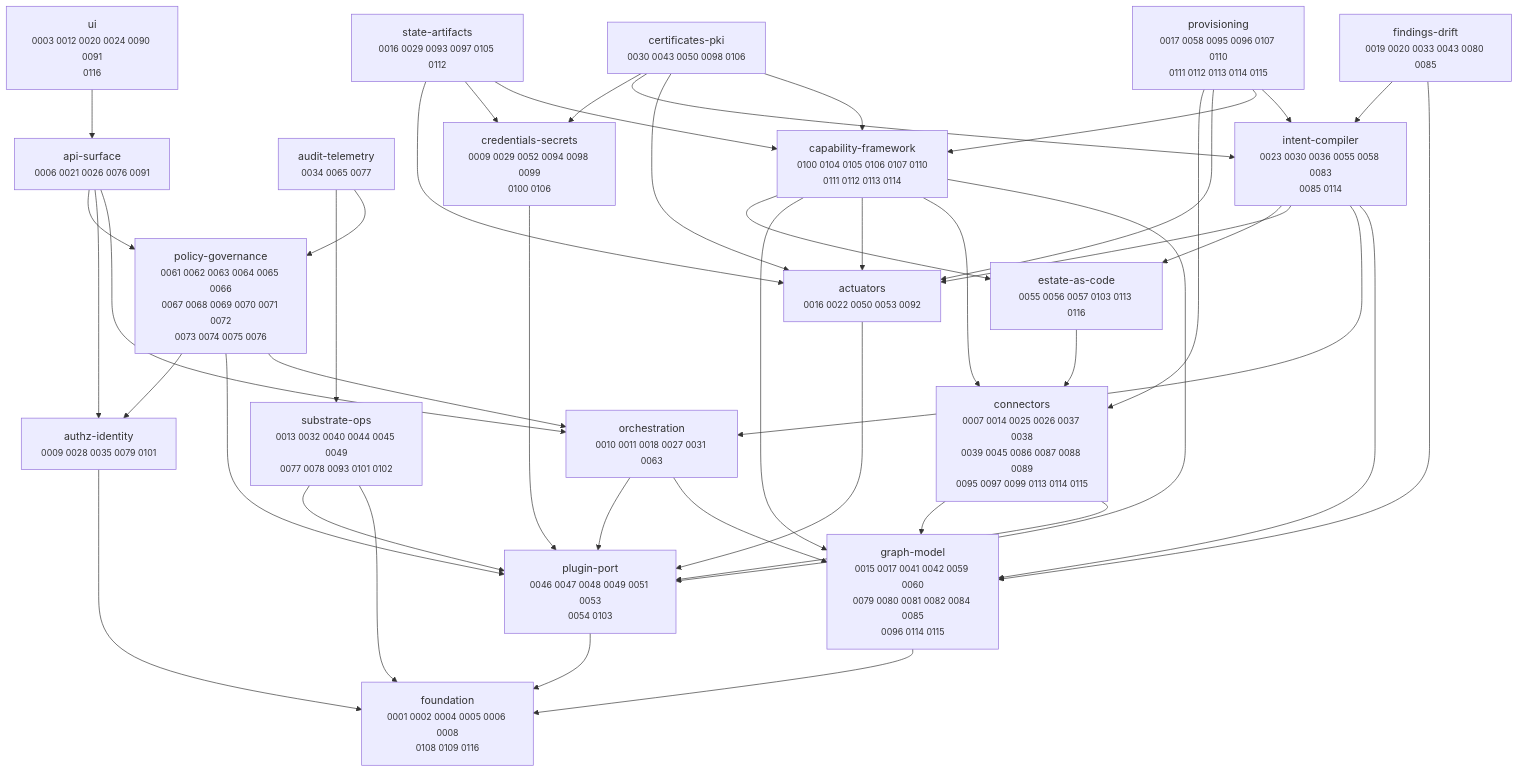
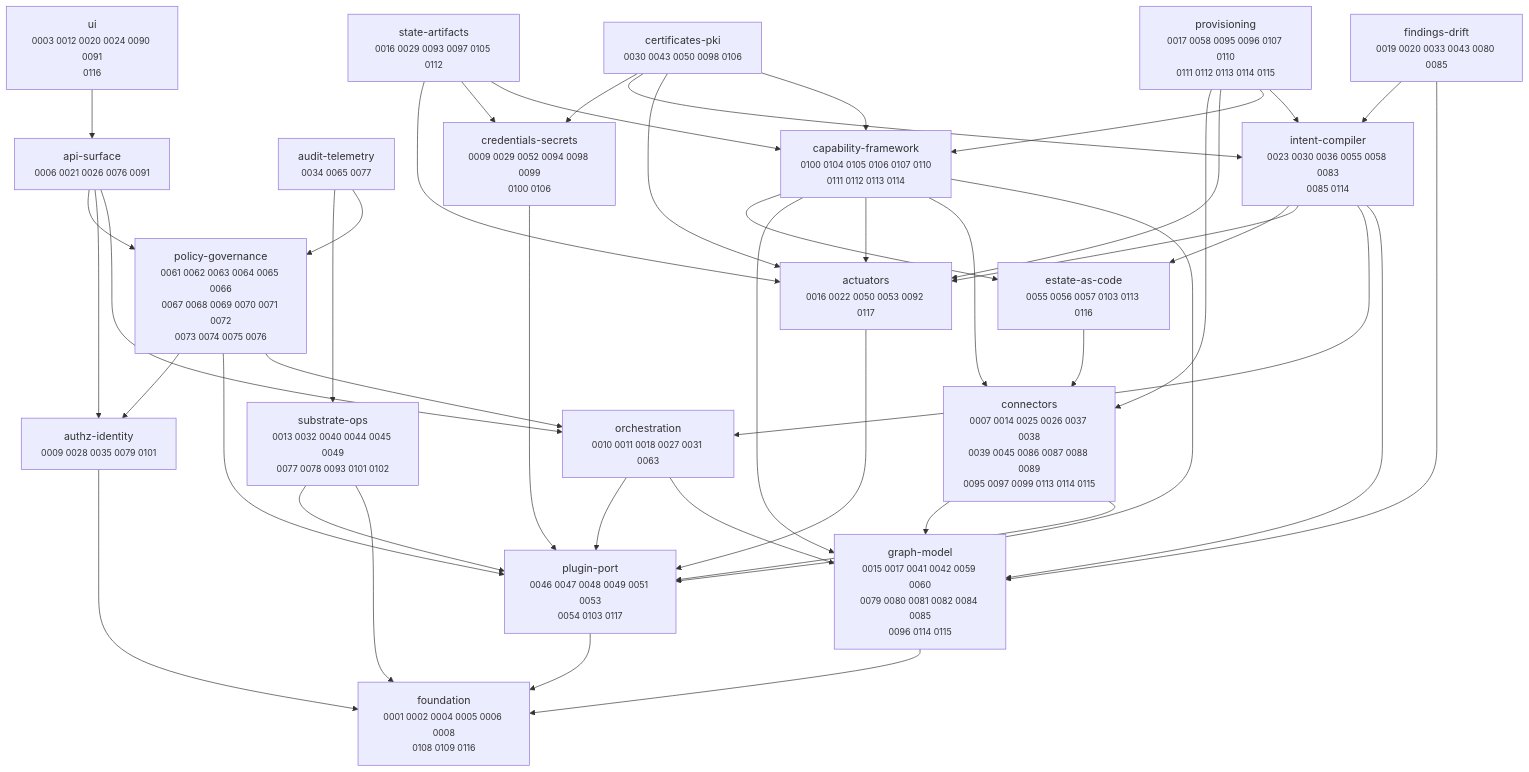
The diagram in docs/adr/MAP.md (dstout-devops/stratt), drawn with Mermaid before and after one commit. The commit also changed other lines of this file and 2 other files, not shown here.

````diff
--- a/docs/adr/MAP.md
+++ b/docs/adr/MAP.md
@@ -11,67 +11,67 @@
 ```mermaid
 graph TD
-  actuators["actuators<br/><small>0016 0022 0050 0053 0092</small>"]
+  actuators["actuators<br/><small>0016 0022 0050 0053 0092 0117</small>"]
   api_surface["api-surface<br/><small>0006 0021 0026 0076 0091</small>"]
   audit_telemetry["audit-telemetry<br/><small>0034 0065 0077</small>"]
   authz_identity["authz-identity<br/><small>0009 0028 0035 0079 0101</small>"]
   capability_framework["capability-framework<br/><small>0100 0104 0105 0106 0107 0110<br/>0111 0112 0113 0114</small>"]
   certificates_pki["certificates-pki<br/><small>0030 0043 0050 0098 0106</small>"]
   connectors["connectors<br/><small>0007 0014 0025 0026 0037 0038<br/>0039 0045 0086 0087 0088 0089<br/>0095 0097 0099 0113 0114 0115</small>"]
   credentials_secrets["credentials-secrets<br/><small>0009 0029 0052 0094 0098 0099<br/>0100 0106</small>"]
   estate_as_code["estate-as-code<br/><small>0055 0056 0057 0103 0113 0116</small>"]
   findings_drift["findings-drift<br/><small>0019 0020 0033 0043 0080 0085</small>"]
   foundation["foundation<br/><small>0001 0002 0004 0005 0006 0008<br/>0108 0109 0116</small>"]
   graph_model["graph-model<br/><small>0015 0017 0041 0042 0059 0060<br/>0079 0080 0081 0082 0084 0085<br/>0096 0114 0115</small>"]
   intent_compiler["intent-compiler<br/><small>0023 0030 0036 0055 0058 0083<br/>0085 0114</small>"]
   orchestration["orchestration<br/><small>0010 0011 0018 0027 0031 0063</small>"]
-  plugin_port["plugin-port<br/><small>0046 0047 0048 0049 0051 0053<br/>0054 0103</small>"]
+  plugin_port["plugin-port<br/><small>0046 0047 0048 0049 0051 0053<br/>0054 0103 0117</small>"]
   policy_governance["policy-governance<br/><small>0061 0062 0063 0064 0065 0066<br/>0067 0068 0069 0070 0071 0072<br/>0073 0074 0075 0076</small>"]
   provisioning["provisioning<br/><small>0017 0058 0095 0096 0107 0110<br/>0111 0112 0113 0114 0115</small>"]
   state_artifacts["state-artifacts<br/><small>0016 0029 0093 0097 0105 0112</small>"]
   substrate_ops["substrate-ops<br/><small>0013 0032 0040 0044 0045 0049<br/>0077 0078 0093 0101 0102</small>"]
   ui["ui<br/><small>0003 0012 0020 0024 0090 0091<br/>0116</small>"]
 
   actuators --> plugin_port
   api_surface --> orchestration
   api_surface --> authz_identity
   api_surface --> policy_governance
   audit_telemetry --> policy_governance
   audit_telemetry --> substrate_ops
   authz_identity --> foundation
   capability_framework --> plugin_port
   capability_framework --> connectors
   capability_framework --> actuators
   capability_framework --> graph_model
   capability_framework --> estate_as_code
   certificates_pki --> capability_framework
   certificates_pki --> actuators
   certificates_pki --> intent_compiler
   certificates_pki --> credentials_secrets
   connectors --> plugin_port
   connectors --> graph_model
   credentials_secrets --> plugin_port
   estate_as_code --> connectors
   findings_drift --> graph_model
   findings_drift --> intent_compiler
   graph_model --> foundation
   intent_compiler --> graph_model
   intent_compiler --> orchestration
   intent_compiler --> actuators
   intent_compiler --> estate_as_code
   orchestration --> graph_model
   orchestration --> plugin_port
   plugin_port --> foundation
   policy_governance --> orchestration
   policy_governance --> plugin_port
   policy_governance --> authz_identity
   provisioning --> intent_compiler
   provisioning --> capability_framework
   provisioning --> actuators
   provisioning --> connectors
   state_artifacts --> capability_framework
   state_artifacts --> credentials_secrets
   state_artifacts --> actuators
   substrate_ops --> foundation
   substrate_ops --> plugin_port
   ui --> api_surface
 ```
````
